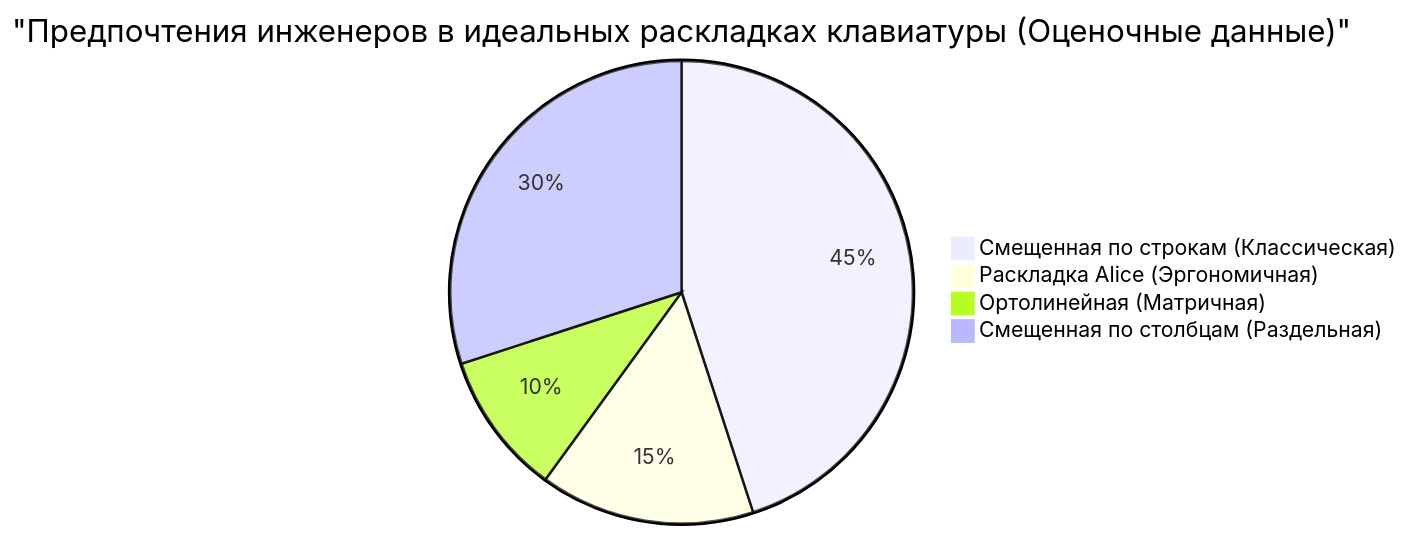
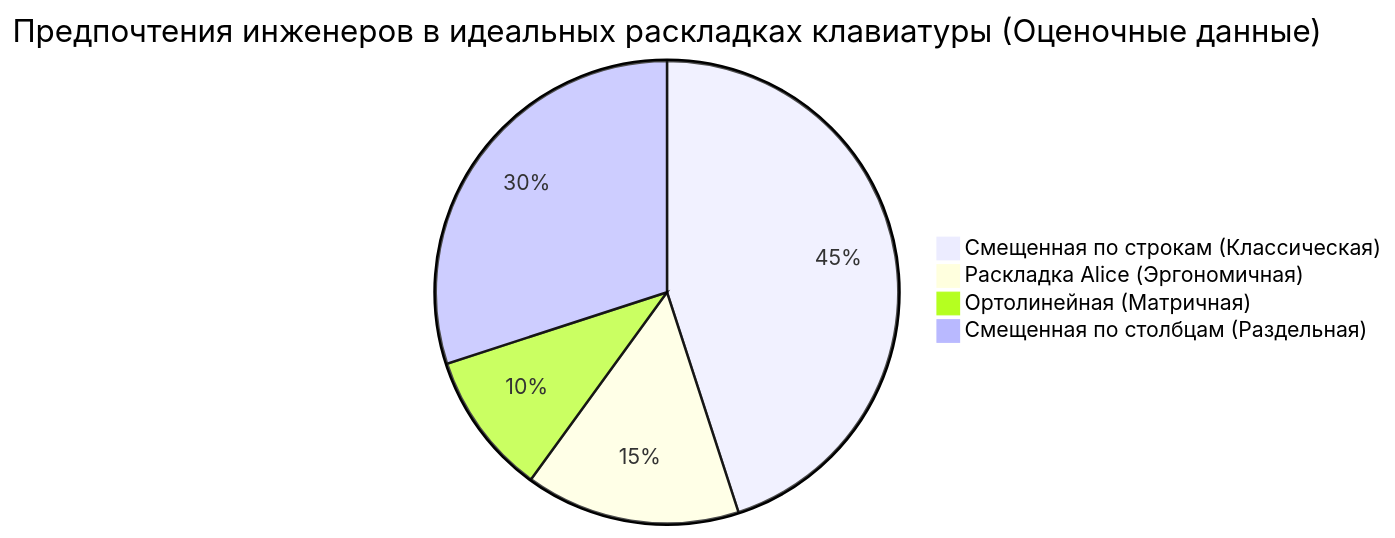
One commit to kenjinote/blog changed the third of 3 diagrams in content/post/mechanical_keyboards/index.ru.md. Above: the diagram before and after it, drawn with Mermaid. The commit also changed other lines of this file and 703 other files, not shown here.

Commit message:
Fix: Remove quotes from Mermaid link texts and timeline definitions to support Mermaid 11.4.1

````diff
--- a/content/post/mechanical_keyboards/index.ru.md
+++ b/content/post/mechanical_keyboards/index.ru.md
@@ -127,7 +127,7 @@
 ```mermaid
-pie title "Предпочтения инженеров в идеальных раскладках клавиатуры (Оценочные данные)"
+pie title Предпочтения инженеров в идеальных раскладках клавиатуры (Оценочные данные)
     "Смещенная по строкам (Классическая)" : 45
     "Раскладка Alice (Эргономичная)" : 15
     "Ортолинейная (Матричная)" : 10
     "Смещенная по столбцам (Раздельная)" : 30
 ```
````
